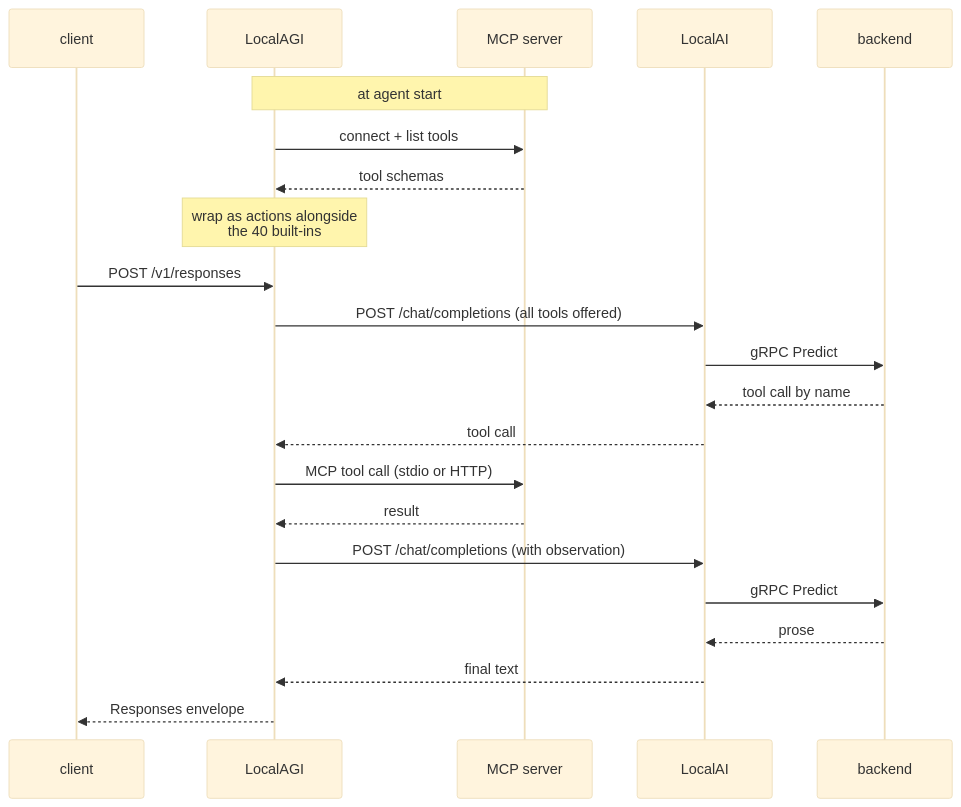
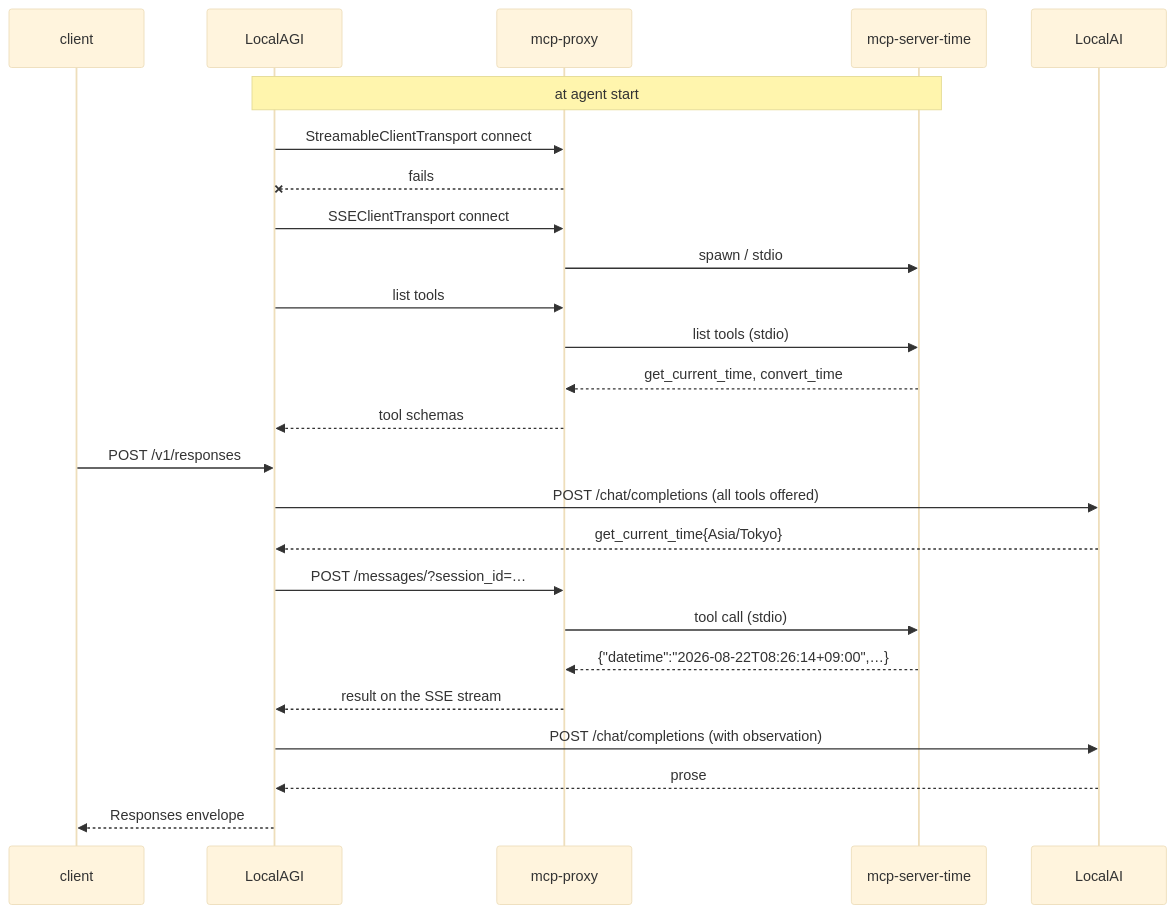
Before and after one commit to wrkode/local-ai-stack-handbook: the second of 2 diagrams in docs/05-recipes/mcp-agent.md, drawn with Mermaid (base theme). The commit also changed other lines of this file and 6 other files, not shown here.

````diff
--- a/docs/05-recipes/mcp-agent.md
+++ b/docs/05-recipes/mcp-agent.md
@@ -199,26 +295,29 @@
 ```mermaid
 sequenceDiagram
   participant C as client
   participant AG as LocalAGI
-  participant M as MCP server
+  participant PX as mcp-proxy
+  participant TS as mcp-server-time
   participant AI as LocalAI
-  participant BE as backend
 
-  Note over AG,M: at agent start
-  AG->>M: connect + list tools
-  M-->>AG: tool schemas
-  Note over AG: wrap as actions alongside<br/>the 40 built-ins
+  Note over AG,TS: at agent start
+  AG->>PX: StreamableClientTransport connect
+  PX--xAG: fails
+  AG->>PX: SSEClientTransport connect
+  PX->>TS: spawn / stdio
+  AG->>PX: list tools
+  PX->>TS: list tools (stdio)
+  TS-->>PX: get_current_time, convert_time
+  PX-->>AG: tool schemas
 
   C->>AG: POST /v1/responses
   AG->>AI: POST /chat/completions (all tools offered)
-  AI->>BE: gRPC Predict
-  BE-->>AI: tool call by name
-  AI-->>AG: tool call
-  AG->>M: MCP tool call (stdio or HTTP)
-  M-->>AG: result
+  AI-->>AG: get_current_time{Asia/Tokyo}
+  AG->>PX: POST /messages/?session_id=…
+  PX->>TS: tool call (stdio)
+  TS-->>PX: {"datetime":"2026-08-22T08:26:14+09:00",…}
+  PX-->>AG: result on the SSE stream
   AG->>AI: POST /chat/completions (with observation)
-  AI->>BE: gRPC Predict
-  BE-->>AI: prose
-  AI-->>AG: final text
+  AI-->>AG: prose
   AG-->>C: Responses envelope
 ```
````
